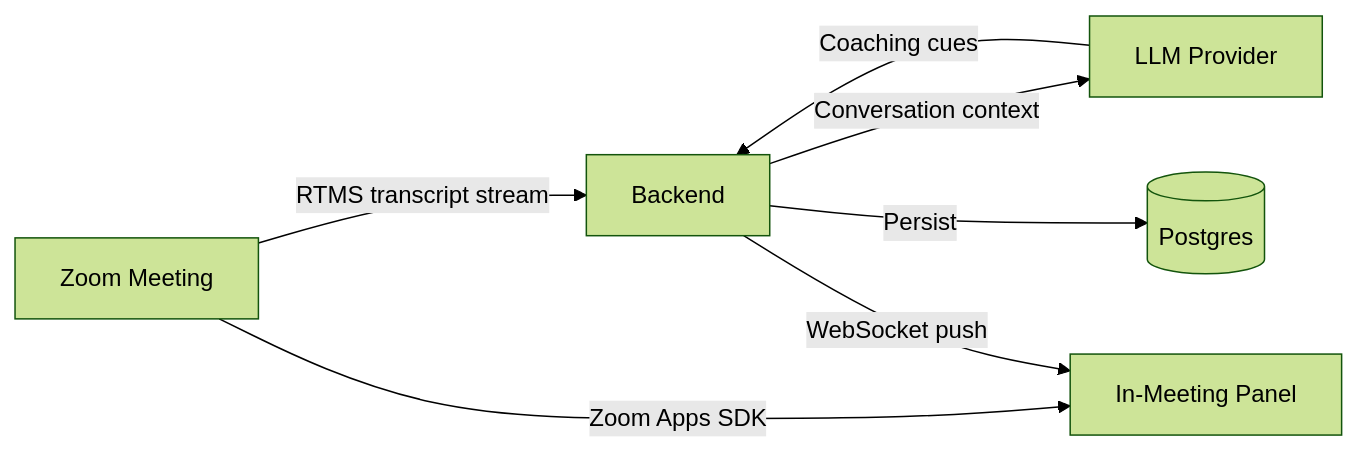
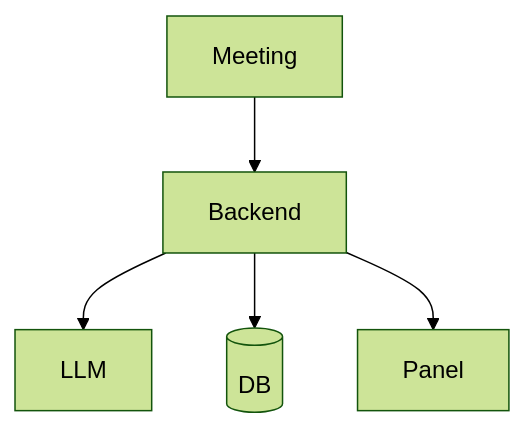
The diagram in blueprints/realtime-sales-coach/index.md (zoom/blueprints), drawn with Mermaid (forest theme) before and after one commit. The commit also changed other lines of this file and 4 other files, not shown here.

````diff
--- a/blueprints/realtime-sales-coach/index.md
+++ b/blueprints/realtime-sales-coach/index.md
@@ -68,9 +74,7 @@
 ```mermaid
-graph LR
-    A[Zoom Meeting] -->|RTMS transcript stream| B[Backend]
-    A -->|Zoom Apps SDK| E[In-Meeting Panel]
-    B -->|Conversation context| C[LLM Provider]
-    C -->|Coaching cues| B
-    B -->|WebSocket push| E
-    B -->|Persist| D[(Postgres)]
+flowchart TD
+    M[Meeting] --> B[Backend]
+    B --> L[LLM]
+    B --> D[(DB)]
+    B --> P[Panel]
 ```
````
